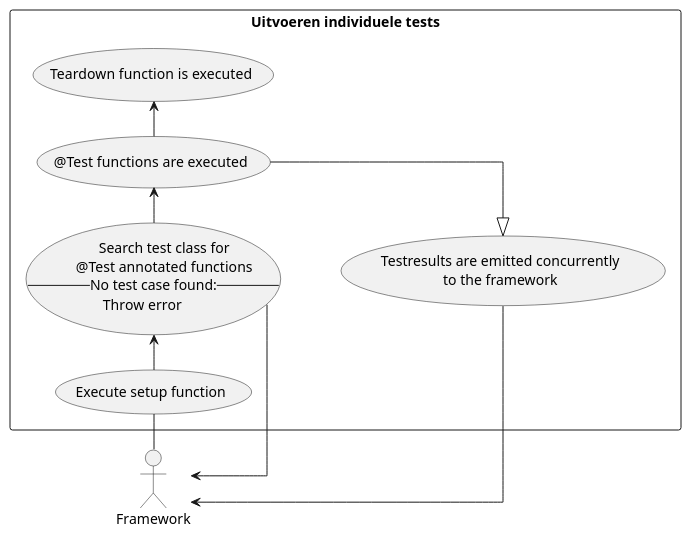
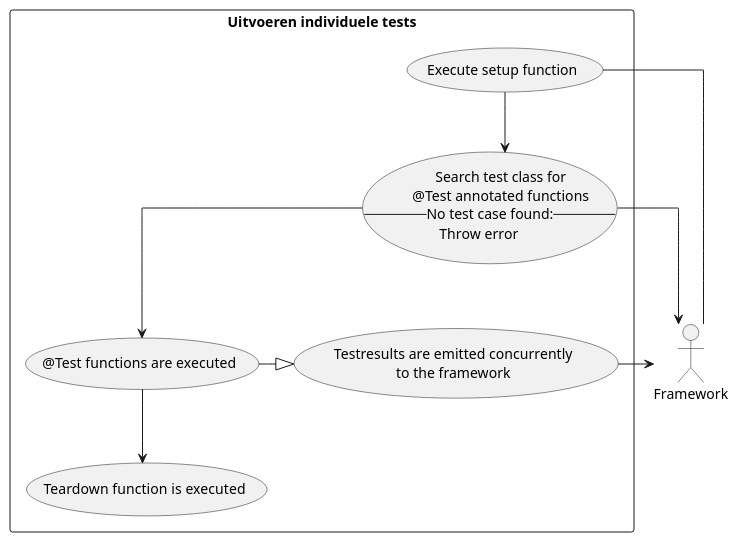
Before and after one commit to dannypas00/bouw7-uml: the diagram in Scenarios/IndividualTest.plantuml, drawn with PlantUML. The commit also changed 8 other files, not shown here.

Commit message:
Updated and fixed some diagrams

```diff
--- a/Scenarios/IndividualTest.plantuml
+++ b/Scenarios/IndividualTest.plantuml
@@ -1,28 +1,27 @@
 @startuml usecase
-left to right direction
 skinparam linetype ortho
 
 
 actor caller as "Framework"
 
 rectangle usecase as "Uitvoeren individuele tests" {
     usecase setup as "Execute setup function"
     usecase search as "Search test class for 
         @Test annotated functions
         --No test case found:--
         Throw error"
     usecase execute as "@Test functions are executed"
     usecase return as "Testresults are emitted concurrently
     to the framework"
     usecase teardown as "Teardown function is executed"
 }
 
-caller -- setup
-setup -> search
-search -> execute
-search -right-> caller
-execute --|> return
-return -right-> caller
-execute -> teardown
+setup - caller
+setup --> search
+search --> execute
+search -> caller
+execute -|> return
+return -> caller
+execute --> teardown
 
 @enduml
```
